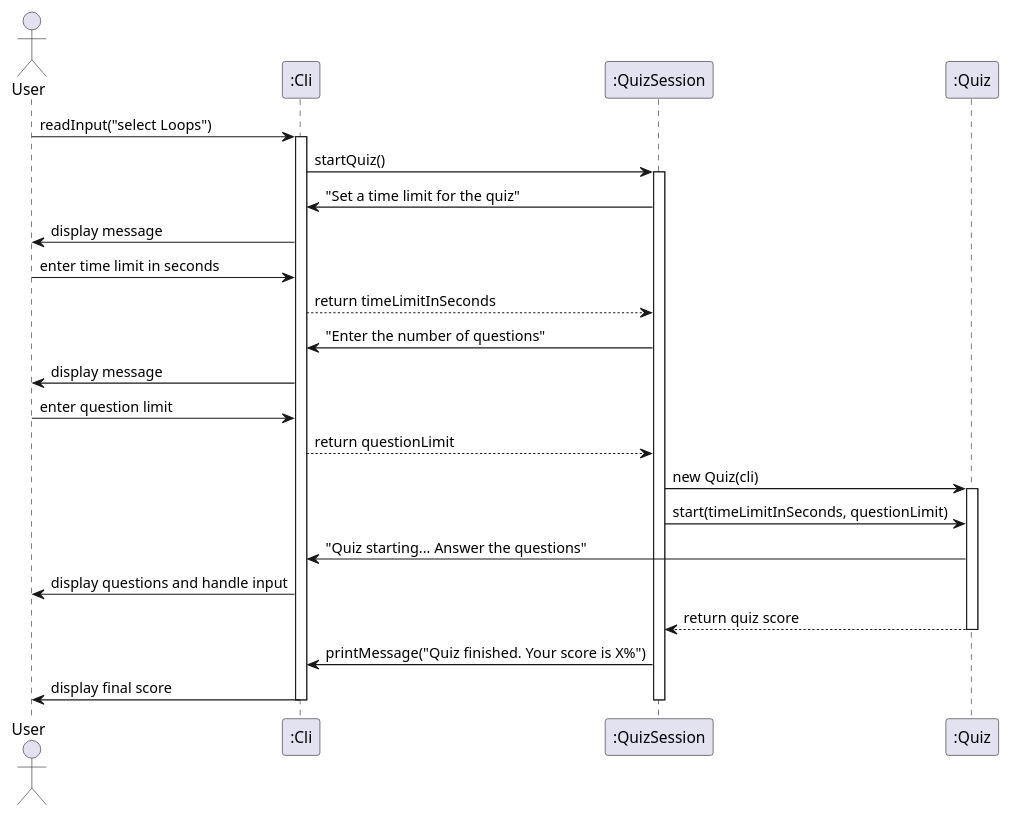
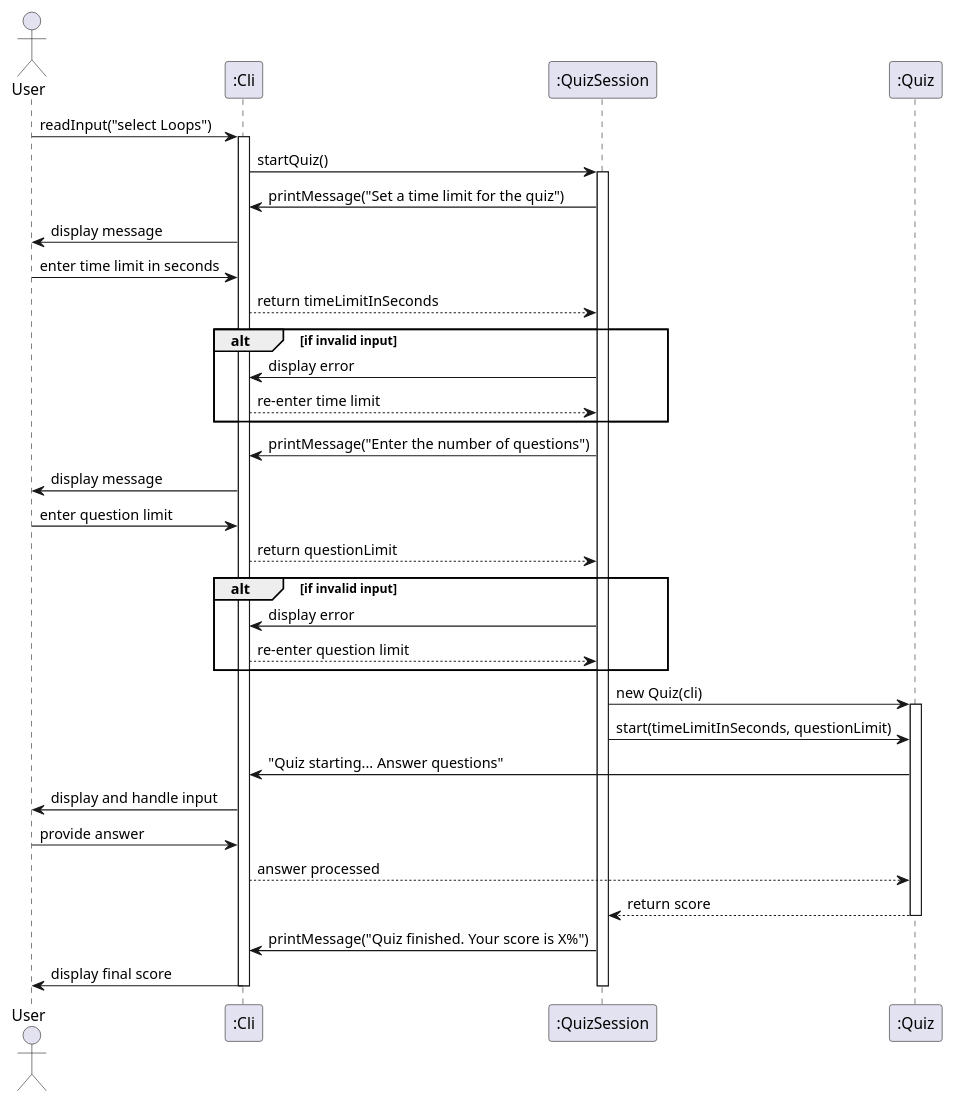
One commit to nus-cs2113-AY2425S1/tp changed the diagram in docs/UML/puml-files/QuizSession/QuizSessionSequenceDiagram.puml. Above: the diagram before and after it, drawn with PlantUML. The commit also changed 4 other files, not shown here.

Commit message:
Implement class and sequence diagrams for QuizSession section

```diff
--- a/docs/UML/puml-files/QuizSession/QuizSessionSequenceDiagram.puml
+++ b/docs/UML/puml-files/QuizSession/QuizSessionSequenceDiagram.puml
@@ -1,37 +1,49 @@
 @startuml
-
 actor User
 
 participant ":Cli" as CLI
 participant ":QuizSession" as QS
 participant ":Quiz" as Q
 
 User -> CLI : readInput("select Loops")
 activate CLI
 CLI -> QS : startQuiz()
 activate QS
-QS -> CLI : "Set a time limit for the quiz"
+
+QS -> CLI : printMessage("Set a time limit for the quiz")
 CLI -> User : display message
 User -> CLI : enter time limit in seconds
 CLI --> QS : return timeLimitInSeconds
 
-QS -> CLI : "Enter the number of questions"
+alt if invalid input
+    QS -> CLI : display error
+    CLI --> QS : re-enter time limit
+end
+
+QS -> CLI : printMessage("Enter the number of questions")
 CLI -> User : display message
 User -> CLI : enter question limit
 CLI --> QS : return questionLimit
 
+alt if invalid input
+    QS -> CLI : display error
+    CLI --> QS : re-enter question limit
+end
+
 QS -> Q : new Quiz(cli)
 activate Q
 QS -> Q : start(timeLimitInSeconds, questionLimit)
-Q -> CLI : "Quiz starting... Answer the questions"
-CLI -> User : display questions and handle input
+Q -> CLI : "Quiz starting... Answer questions"
+CLI -> User : display and handle input
+User -> CLI : provide answer
+CLI --> Q : answer processed
 
-Q --> QS : return quiz score
+Q --> QS : return score
 deactivate Q
+
 QS -> CLI : printMessage("Quiz finished. Your score is X%")
 CLI -> User : display final score
 
 deactivate QS
 deactivate CLI
-
 @enduml
```
